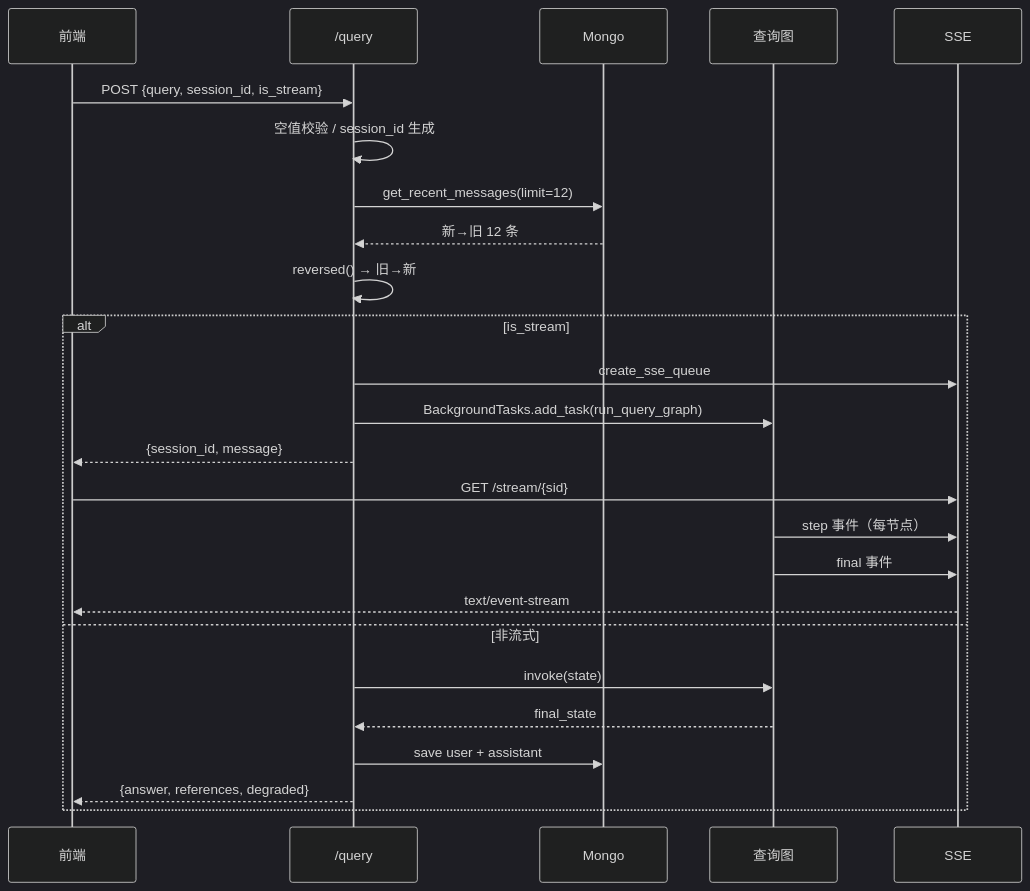
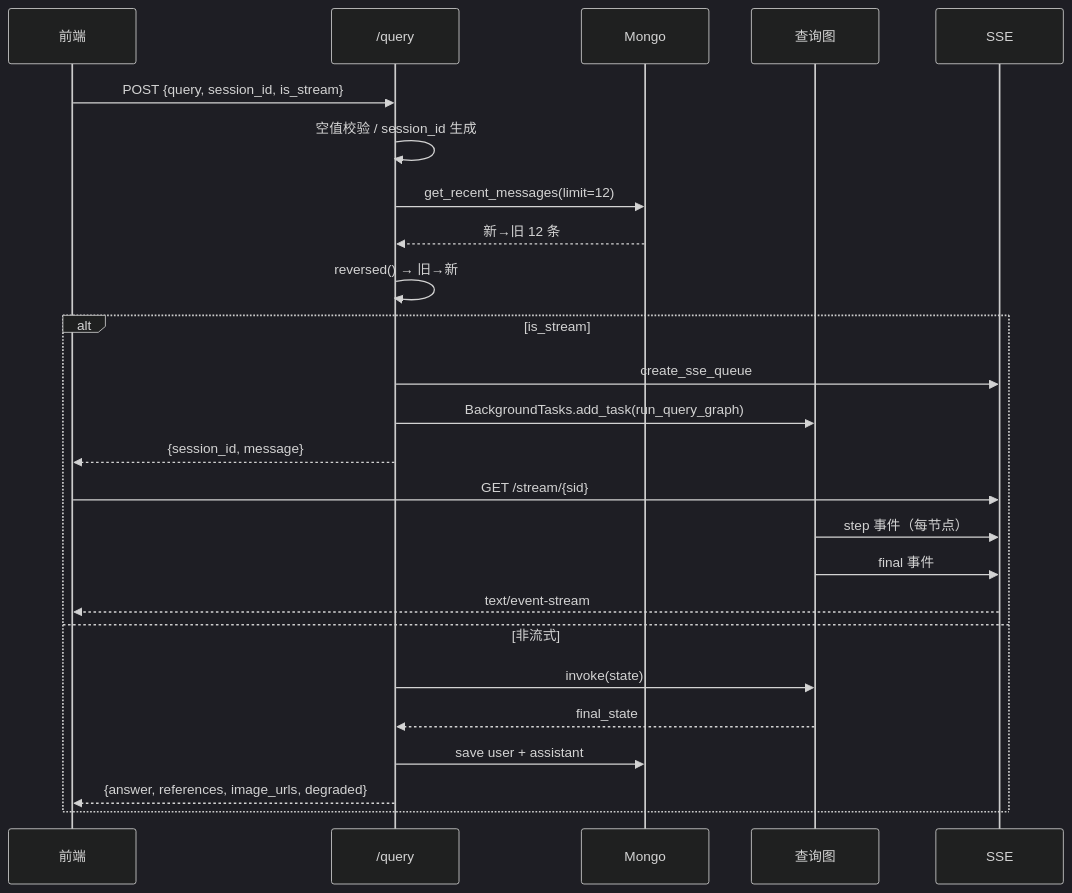
One commit to zdyDarius/17zuoye_brain changed the diagram in 文档/查询流程/查询_09_API与SSE.md. Above: the diagram before and after it, drawn with Mermaid (dark theme). The commit also changed other lines of this file and 7 other files, not shown here.

First line of the commit message:
fix(import): 修复分块静默丢失问题并支持查询返回配图

````diff
--- a/文档/查询流程/查询_09_API与SSE.md
+++ b/文档/查询流程/查询_09_API与SSE.md
@@ -24,28 +24,28 @@
 ```mermaid
 sequenceDiagram
     participant C as 前端
     participant A as /query
     participant M as Mongo
     participant G as 查询图
     participant S as SSE
 
     C->>A: POST {query, session_id, is_stream}
     A->>A: 空值校验 / session_id 生成
     A->>M: get_recent_messages(limit=12)
     M-->>A: 新→旧 12 条
     A->>A: reversed() → 旧→新
     alt is_stream
         A->>S: create_sse_queue
         A->>G: BackgroundTasks.add_task(run_query_graph)
         A-->>C: {session_id, message}
         C->>S: GET /stream/{sid}
         G->>S: step 事件（每节点）
         G->>S: final 事件
         S-->>C: text/event-stream
     else 非流式
         A->>G: invoke(state)
         G-->>A: final_state
         A->>M: save user + assistant
-        A-->>C: {answer, references, degraded}
+        A-->>C: {answer, references, image_urls, degraded}
     end
 ```
````
